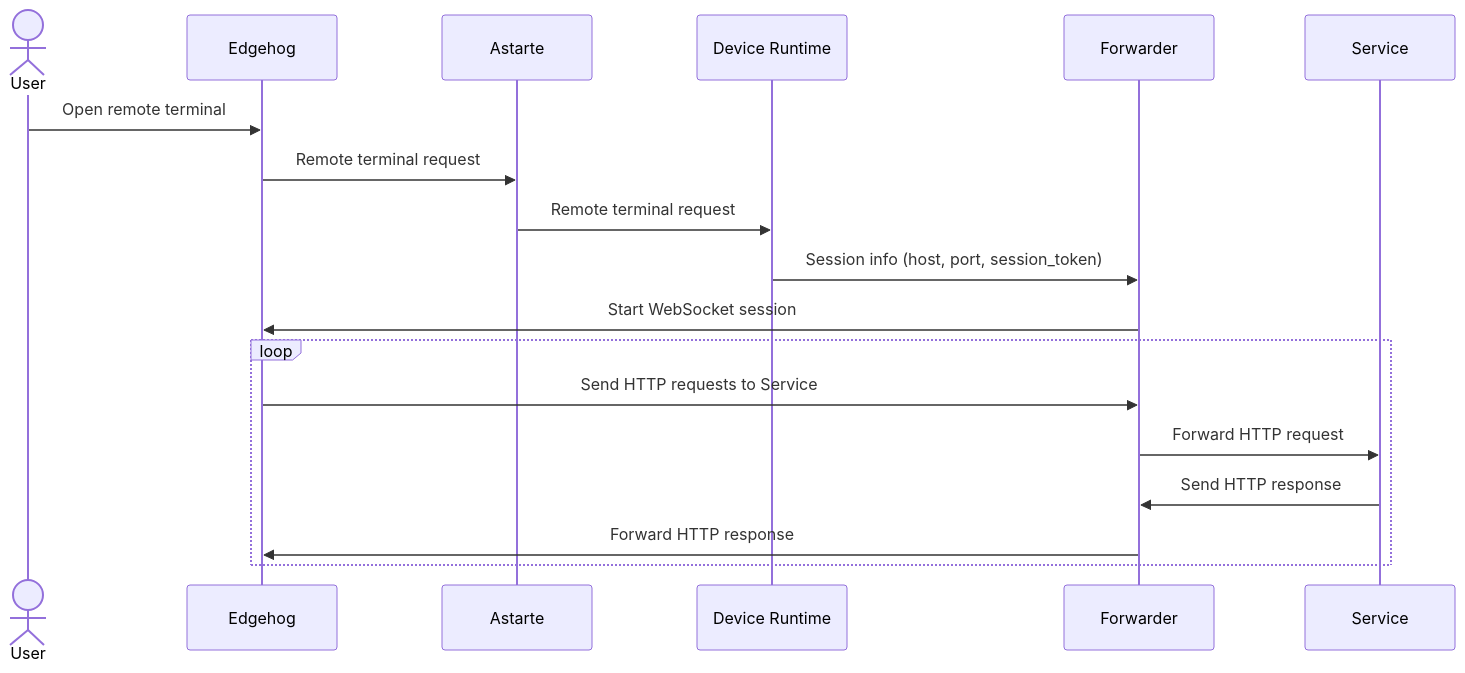
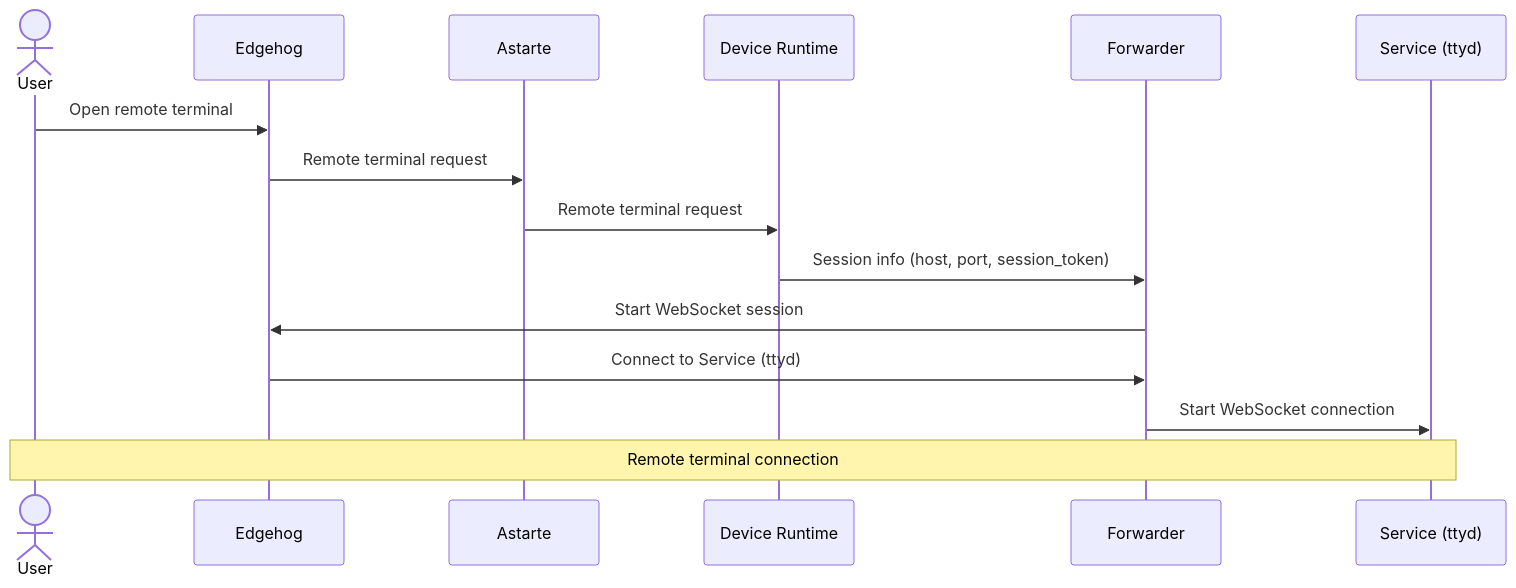
One commit to edgehog-device-manager/edgehog-device-runtime changed the diagram in edgehog-device-runtime-forwarder/README.md. Above: the diagram before and after it, drawn with Mermaid. The commit also changed other lines of this file and 10 other files, not shown here.

Commit message:
fix(doc): fix ws doc comments and add sequence diagram on README

````diff
--- a/edgehog-device-runtime-forwarder/README.md
+++ b/edgehog-device-runtime-forwarder/README.md
@@ -18,20 +18,19 @@
 ```mermaid
 sequenceDiagram
-    actor User
-    participant Edgehog
-    participant Astarte
-    participant Device Runtime
-    participant Forwarder
-    participant Service
-    User ->> Edgehog: Open remote terminal
-    Edgehog ->> Astarte: Remote terminal request
-    Astarte ->> Device Runtime: Remote terminal request
-    Device Runtime ->> Forwarder: Session info (host, port, session_token)
-    Forwarder ->> Edgehog: Start WebSocket session
-    loop
-        Edgehog ->> Forwarder: Send HTTP requests to Service
-        Forwarder ->> Service: Forward HTTP request
-        Service ->> Forwarder: Send HTTP response
-        Forwarder ->> Edgehog: Forward HTTP response
-    end
+  actor User
+  participant Edgehog
+  participant Astarte
+  participant Device Runtime
+  participant Forwarder
+  participant Service (ttyd)
+
+  User ->> Edgehog: Open remote terminal
+  Edgehog ->> Astarte: Remote terminal request
+  Astarte ->> Device Runtime:  Remote terminal request
+  Device Runtime ->> Forwarder: Session info (host, port, session_token)
+  Forwarder ->> Edgehog: Start WebSocket session
+  Edgehog ->> Forwarder: Connect to Service (ttyd)
+  Forwarder ->> Service (ttyd): Start WebSocket connection
+
+  Note over Service (ttyd),User: Remote terminal connection
 ```
````
